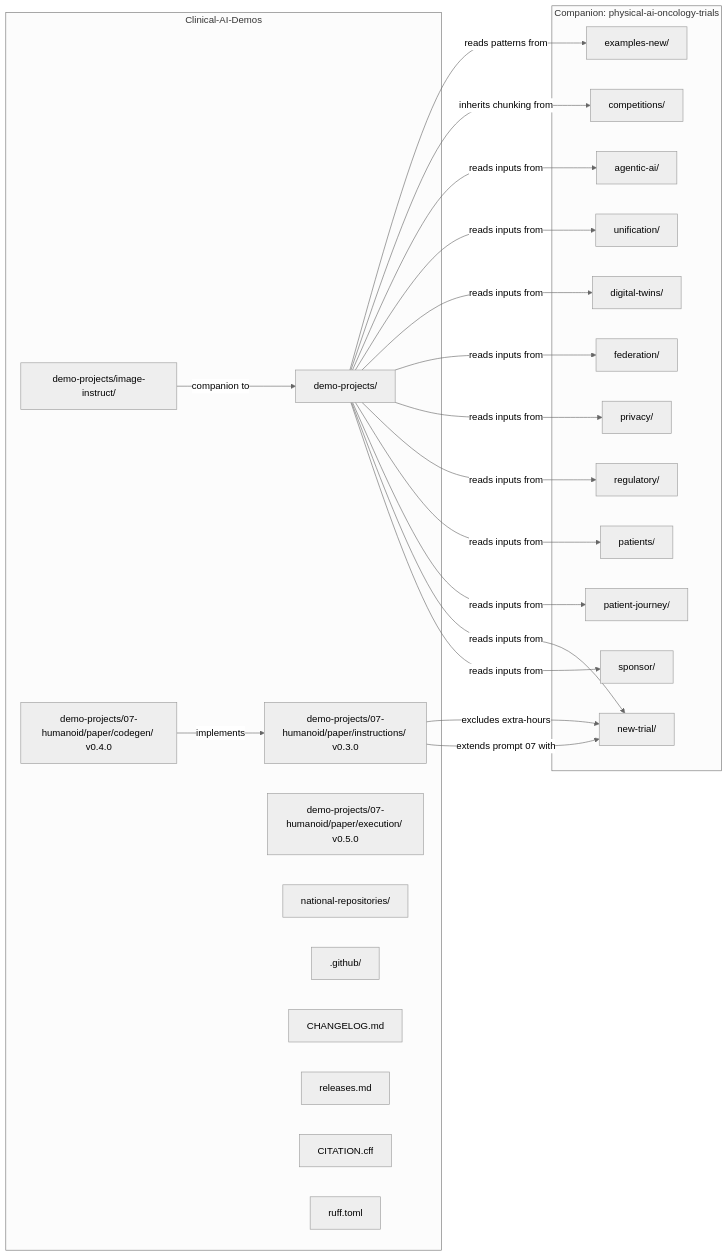
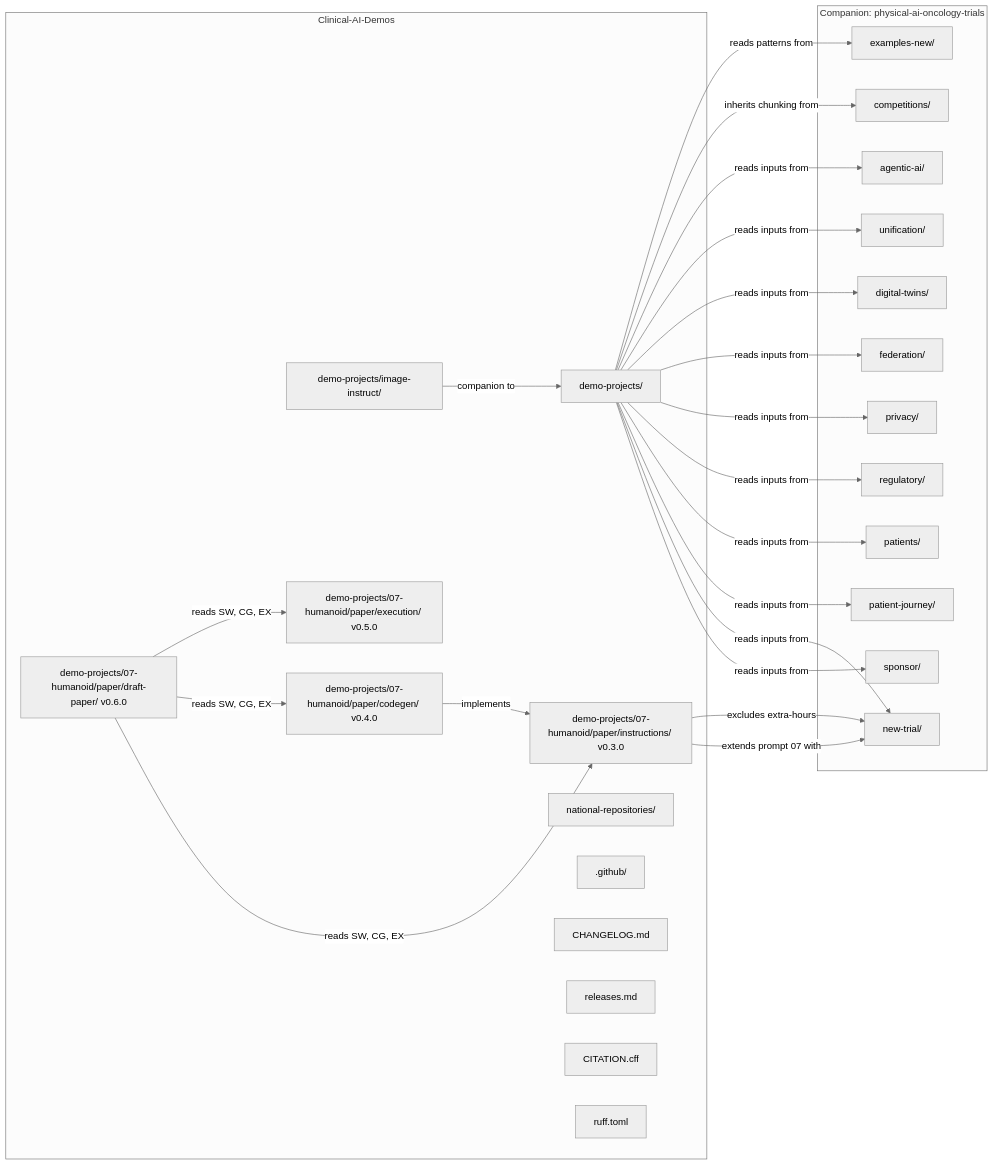
Before and after one commit to kevinkawchak/Clinical-AI-Demos: the first of 2 diagrams in README.md, drawn with Mermaid (neutral theme). The commit also changed other lines of this file and 4 other files, not shown here.

First line of the commit message:
v0.6.0 repository updates for the draft paper LaTeX scaffold

````diff
--- a/README.md
+++ b/README.md
@@ -196,48 +218,52 @@
 ```mermaid
 flowchart LR
   subgraph CAD[Clinical-AI-Demos]
     DP[demo-projects/]
     II[demo-projects/image-instruct/]
     SW[demo-projects/07-humanoid/paper/instructions/ v0.3.0]
     CG[demo-projects/07-humanoid/paper/codegen/ v0.4.0]
     EX[demo-projects/07-humanoid/paper/execution/ v0.5.0]
+    DRP[demo-projects/07-humanoid/paper/draft-paper/ v0.6.0]
     NR[national-repositories/]
     GH[.github/]
     CHG[CHANGELOG.md]
     REL[releases.md]
     CTN[CITATION.cff]
     RUF[ruff.toml]
   end
 
   subgraph CAP[Companion: physical-ai-oncology-trials]
     SPO[sponsor/]
     NTR[new-trial/]
     PJN[patient-journey/]
     PAT[patients/]
     REG[regulatory/]
     PRI[privacy/]
     FED[federation/]
     DTW[digital-twins/]
     UNI[unification/]
     AGI[agentic-ai/]
     COM[competitions/]
     EXM[examples-new/]
   end
 
   DP -->|reads inputs from| SPO
   DP -->|reads inputs from| NTR
   DP -->|reads inputs from| PJN
   DP -->|reads inputs from| PAT
   DP -->|reads inputs from| REG
   DP -->|reads inputs from| PRI
   DP -->|reads inputs from| FED
   DP -->|reads inputs from| DTW
   DP -->|reads inputs from| UNI
   DP -->|reads inputs from| AGI
   DP -->|inherits chunking from| COM
   DP -->|reads patterns from| EXM
   II -->|companion to| DP
   SW -->|extends prompt 07 with| NTR
   SW -->|excludes extra-hours| NTR
   CG -->|implements| SW
+  DRP -->|reads SW, CG, EX| SW
+  DRP -->|reads SW, CG, EX| CG
+  DRP -->|reads SW, CG, EX| EX
 ```
````
